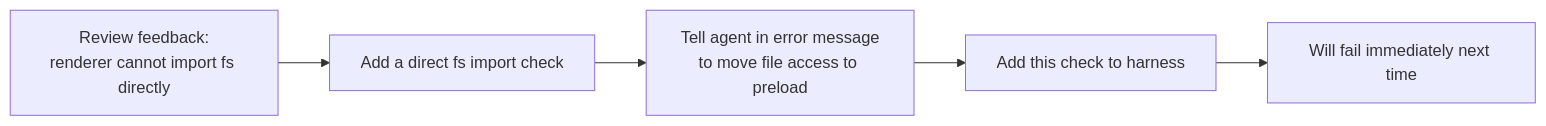
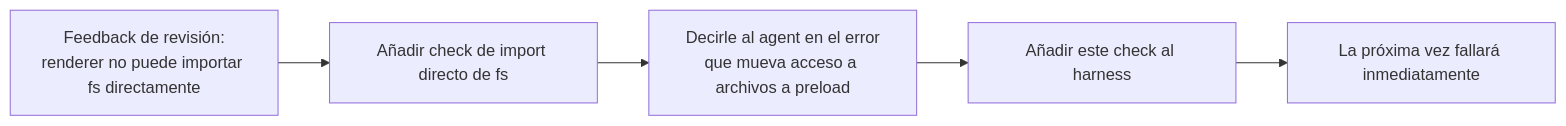
One commit to jordipiella/learn-harness-engineering changed the second of 2 diagrams in docs/es/lectures/lecture-10-why-end-to-end-testing-changes-results/index.md. Above: the diagram before and after it, drawn with Mermaid. The commit also changed other lines of this file and 108 other files, not shown here.

````diff
--- a/docs/es/lectures/lecture-10-why-end-to-end-testing-changes-results/index.md
+++ b/docs/es/lectures/lecture-10-why-end-to-end-testing-changes-results/index.md
@@ -52,7 +52,7 @@
 ```mermaid
 flowchart LR
-    Review["Review feedback:<br/>renderer cannot import fs directly"] --> Rule["Add a direct fs import check"]
-    Rule --> Message["Tell agent in error message<br/>to move file access to preload"]
-    Message --> Harness["Add this check to harness"]
-    Harness --> Stronger["Will fail immediately next time"]
+    Review["Feedback de revisión:<br/>renderer no puede importar fs directamente"] --> Rule["Añadir check de import directo de fs"]
+    Rule --> Message["Decirle al agent en el error<br/>que mueva acceso a archivos a preload"]
+    Message --> Harness["Añadir este check al harness"]
+    Harness --> Stronger["La próxima vez fallará inmediatamente"]
 ```
````
